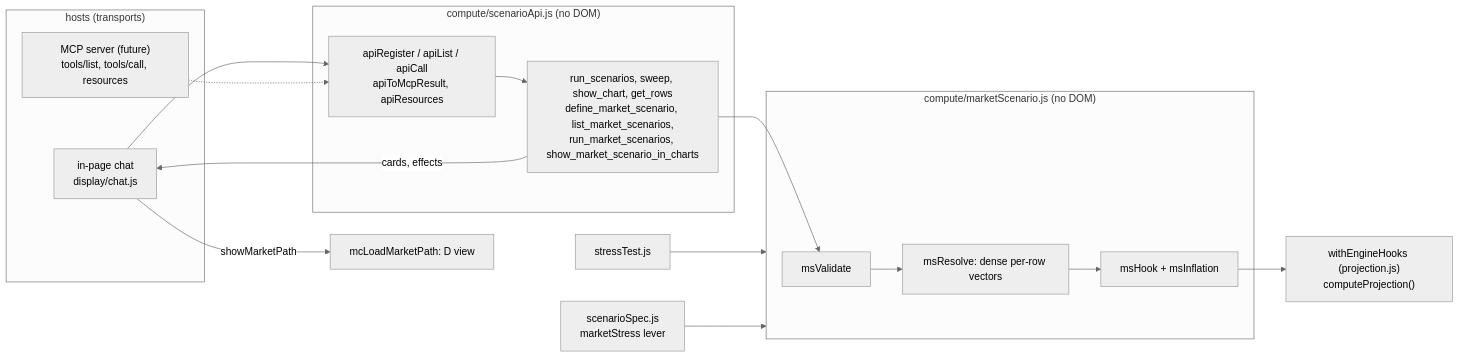
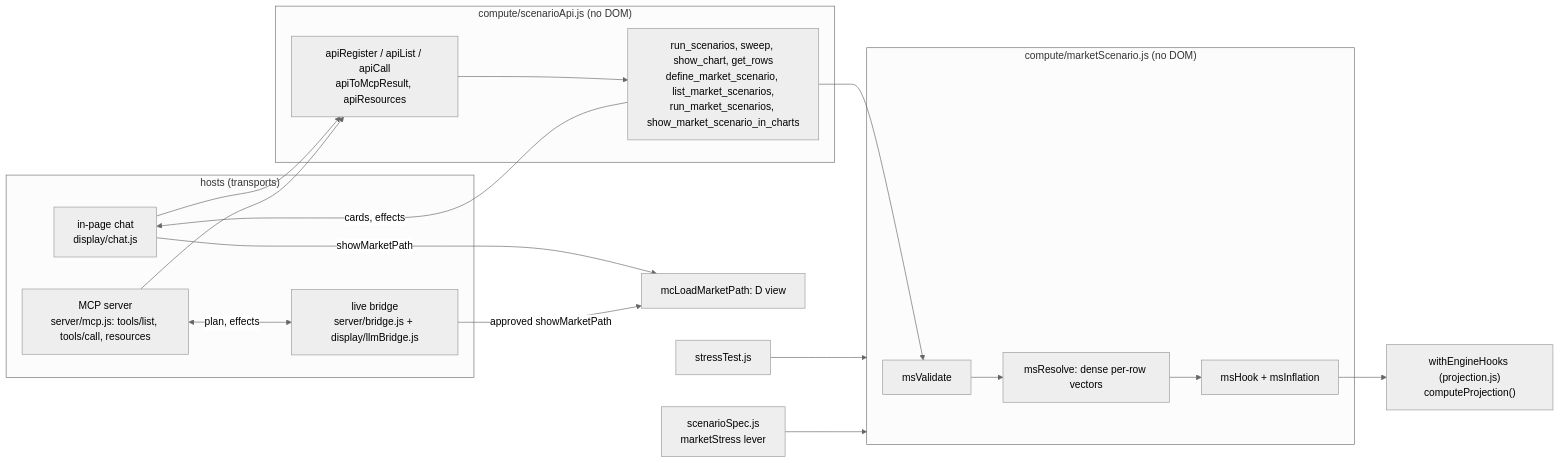
Diagram 18 of 20 in docs/ARCHITECTURE.md (howardc64/retirefin), drawn with Mermaid (neutral theme) before and after one commit. The commit also changed other lines of this file and 25 other files, not shown here.

````diff
--- a/docs/ARCHITECTURE.md
+++ b/docs/ARCHITECTURE.md
@@ -1440,23 +1442,26 @@
 ```mermaid
 flowchart LR
   subgraph HOSTS["hosts (transports)"]
     chat["in-page chat<br/>display/chat.js"]
-    mcp["MCP server (future)<br/>tools/list, tools/call, resources"]
+    mcp["MCP server<br/>server/mcp.js: tools/list, tools/call, resources"]
+    bridge["live bridge<br/>server/bridge.js + display/llmBridge.js"]
   end
   subgraph API["compute/scenarioApi.js (no DOM)"]
     reg["apiRegister / apiList / apiCall<br/>apiToMcpResult, apiResources"]
     tools["run_scenarios, sweep, show_chart, get_rows<br/>define_market_scenario, list_market_scenarios,<br/>run_market_scenarios, show_market_scenario_in_charts"]
   end
   subgraph MS["compute/marketScenario.js (no DOM)"]
     val["msValidate"] --> res["msResolve: dense per-row vectors"] --> hook["msHook + msInflation"]
   end
   eng["withEngineHooks (projection.js)<br/>computeProjection()"]
   chat --> reg
-  mcp -.-> reg
+  mcp --> reg
+  mcp <-->|"plan, effects"| bridge
   reg --> tools --> val
   hook --> eng
   stress["stressTest.js"] --> MS
   spec["scenarioSpec.js<br/>marketStress lever"] --> MS
   tools -->|"cards, effects"| chat
   chat -->|"showMarketPath"| dview["mcLoadMarketPath: D view"]
+  bridge -->|"approved showMarketPath"| dview
 ```
````
